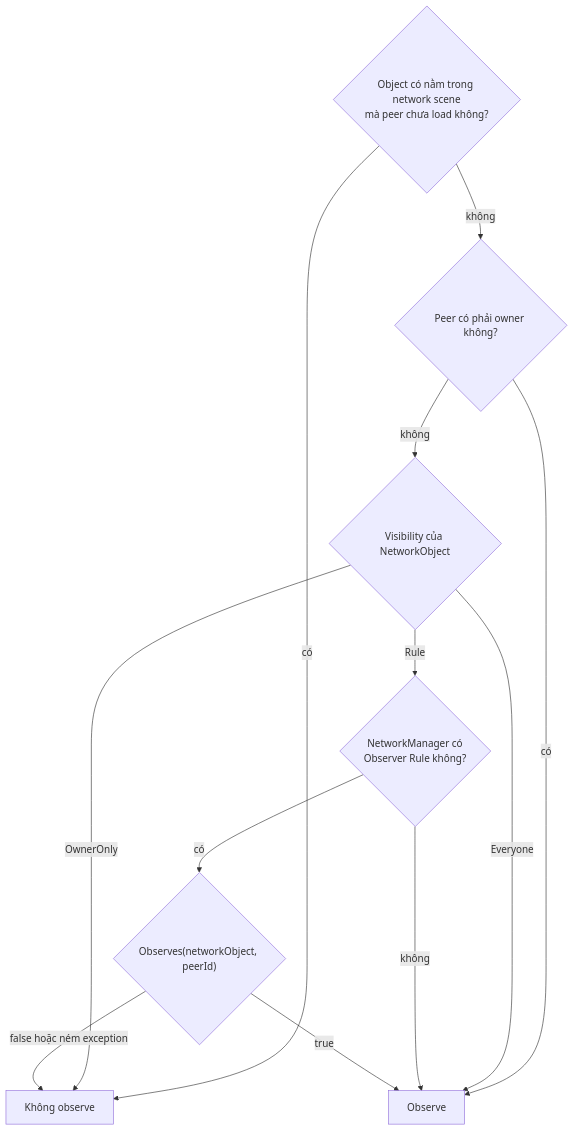
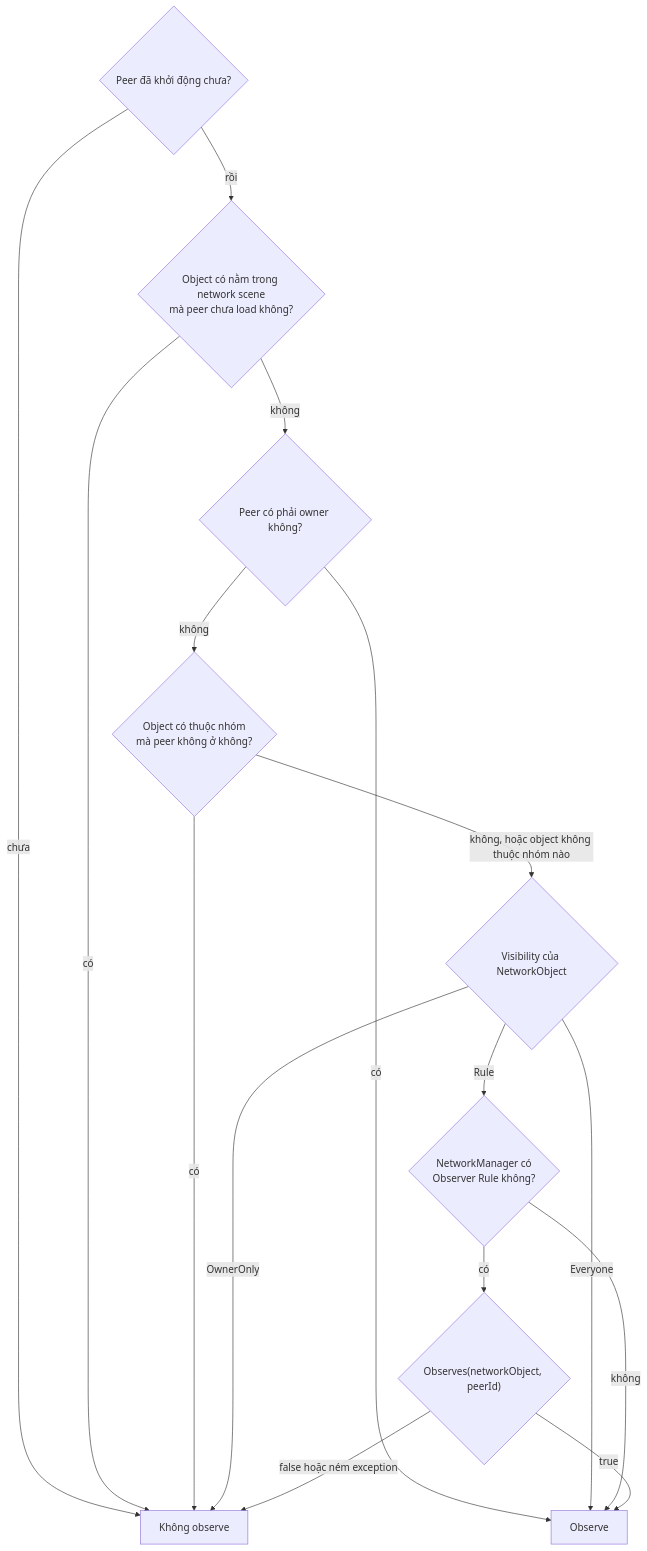
Before and after one commit to fomoxa/unity-docs: the diagram in vi/objects/observers.md, drawn with Mermaid. The commit also changed other lines of this file and 13 other files, not shown here.

````diff
--- a/vi/objects/observers.md
+++ b/vi/objects/observers.md
@@ -11,14 +11,18 @@
 ```mermaid
 flowchart TD
-    scene{"Object có nằm trong network scene<br/>mà peer chưa load không?"} -- có --> no["Không observe"]
+    started{"Peer đã khởi động chưa?"} -- chưa --> no["Không observe"]
+    started -- rồi --> scene{"Object có nằm trong network scene<br/>mà peer chưa load không?"}
+    scene -- có --> no
     scene -- không --> owner{"Peer có phải owner không?"}
     owner -- có --> yes["Observe"]
-    owner -- không --> visibility{"Visibility của NetworkObject"}
+    owner -- không --> group{"Object có thuộc nhóm<br/>mà peer không ở không?"}
+    group -- có --> no
+    group -- "không, hoặc object không thuộc nhóm nào" --> visibility{"Visibility của NetworkObject"}
     visibility -- Everyone --> yes
     visibility -- OwnerOnly --> no
     visibility -- Rule --> rule{"NetworkManager có<br/>Observer Rule không?"}
     rule -- không --> yes
     rule -- có --> observes{"Observes(networkObject, peerId)"}
     observes -- true --> yes
     observes -- "false hoặc ném exception" --> no
 ```
````
